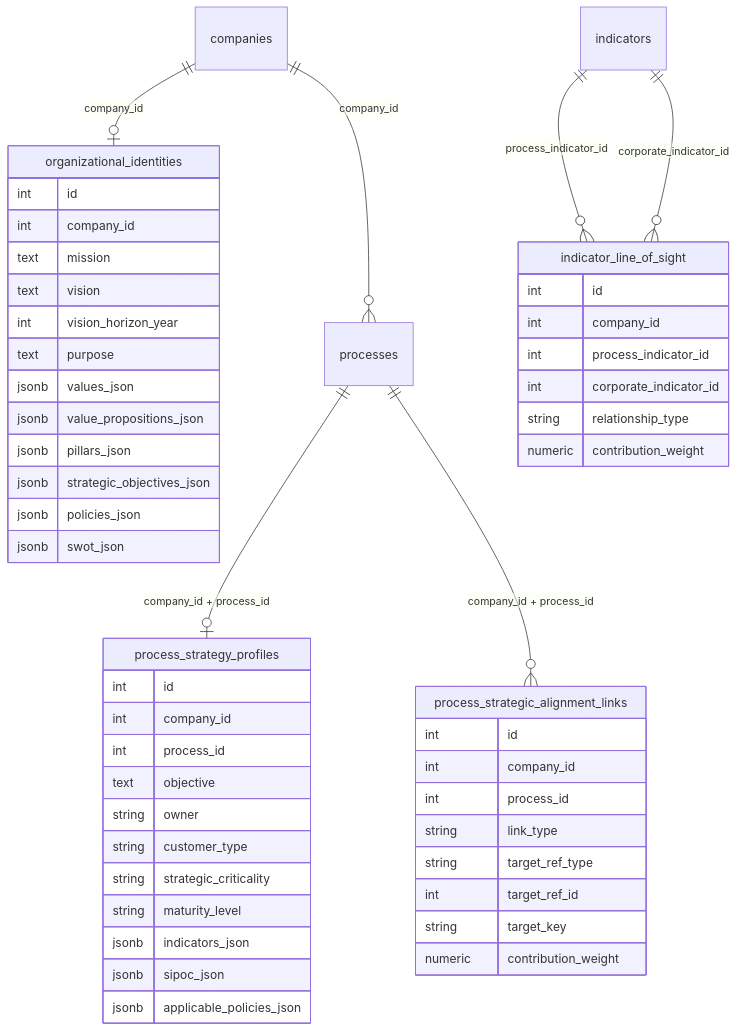
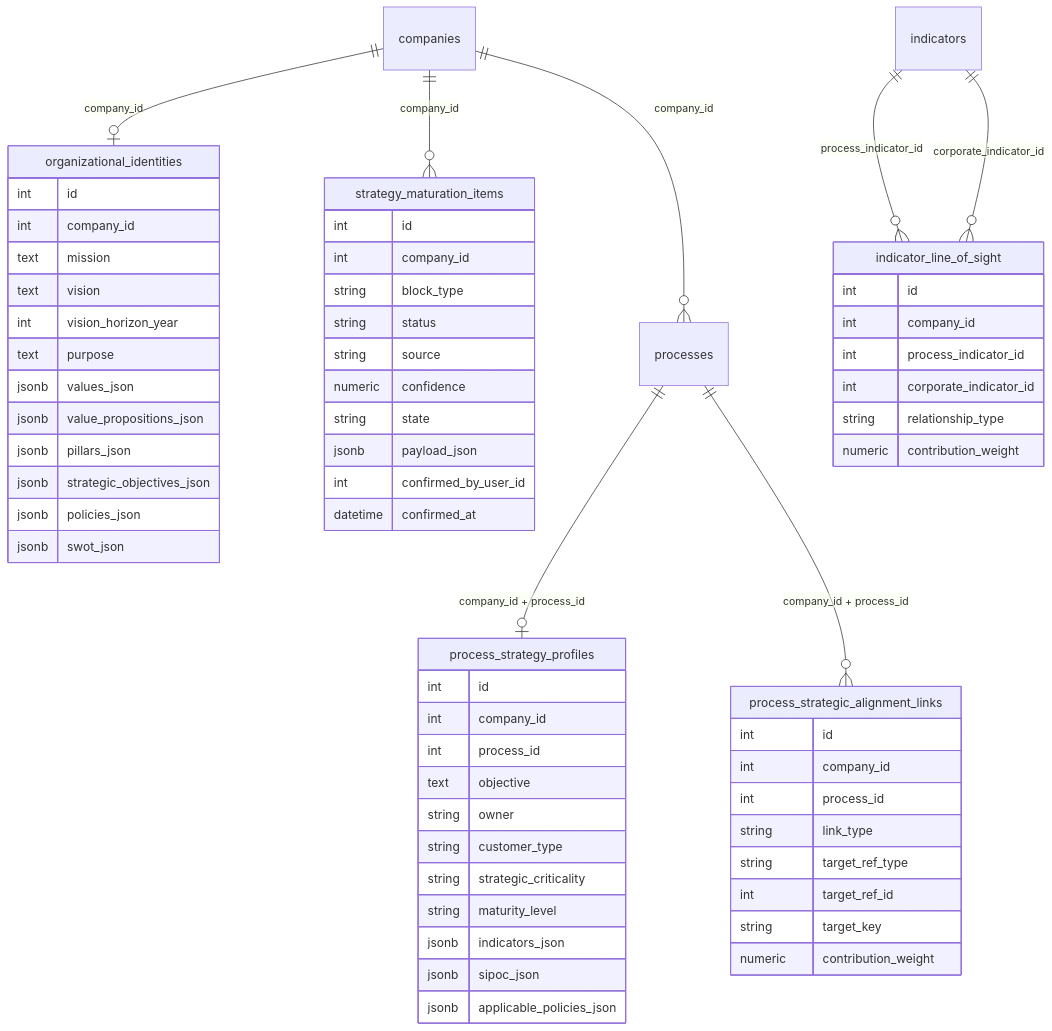
One commit to VrsEco/Principal changed the diagram in app32/docs/spec/sapiens_strategy_alignment_n1_spec.md. Above: the diagram before and after it, drawn with Mermaid. The commit also changed other lines of this file and 14 other files, not shown here.

Commit message:
feat: add strategy maturation backlog

````diff
--- a/app32/docs/spec/sapiens_strategy_alignment_n1_spec.md
+++ b/app32/docs/spec/sapiens_strategy_alignment_n1_spec.md
@@ -60,58 +61,72 @@
 ```mermaid
 erDiagram
     companies ||--o| organizational_identities : "company_id"
+    companies ||--o{ strategy_maturation_items : "company_id"
     companies ||--o{ processes : "company_id"
     processes ||--o| process_strategy_profiles : "company_id + process_id"
     processes ||--o{ process_strategic_alignment_links : "company_id + process_id"
     indicators ||--o{ indicator_line_of_sight : "process_indicator_id"
     indicators ||--o{ indicator_line_of_sight : "corporate_indicator_id"
 
     organizational_identities {
         int id
         int company_id
         text mission
         text vision
         int vision_horizon_year
         text purpose
         jsonb values_json
         jsonb value_propositions_json
         jsonb pillars_json
         jsonb strategic_objectives_json
         jsonb policies_json
         jsonb swot_json
     }
 
     process_strategy_profiles {
         int id
         int company_id
         int process_id
         text objective
         string owner
         string customer_type
         string strategic_criticality
         string maturity_level
         jsonb indicators_json
         jsonb sipoc_json
         jsonb applicable_policies_json
     }
 
     process_strategic_alignment_links {
         int id
         int company_id
         int process_id
         string link_type
         string target_ref_type
         int target_ref_id
         string target_key
         numeric contribution_weight
     }
 
     indicator_line_of_sight {
         int id
         int company_id
         int process_indicator_id
         int corporate_indicator_id
         string relationship_type
         numeric contribution_weight
     }
+
+    strategy_maturation_items {
+        int id
+        int company_id
+        string block_type
+        string status
+        string source
+        numeric confidence
+        string state
+        jsonb payload_json
+        int confirmed_by_user_id
+        datetime confirmed_at
+    }
 ```
````
